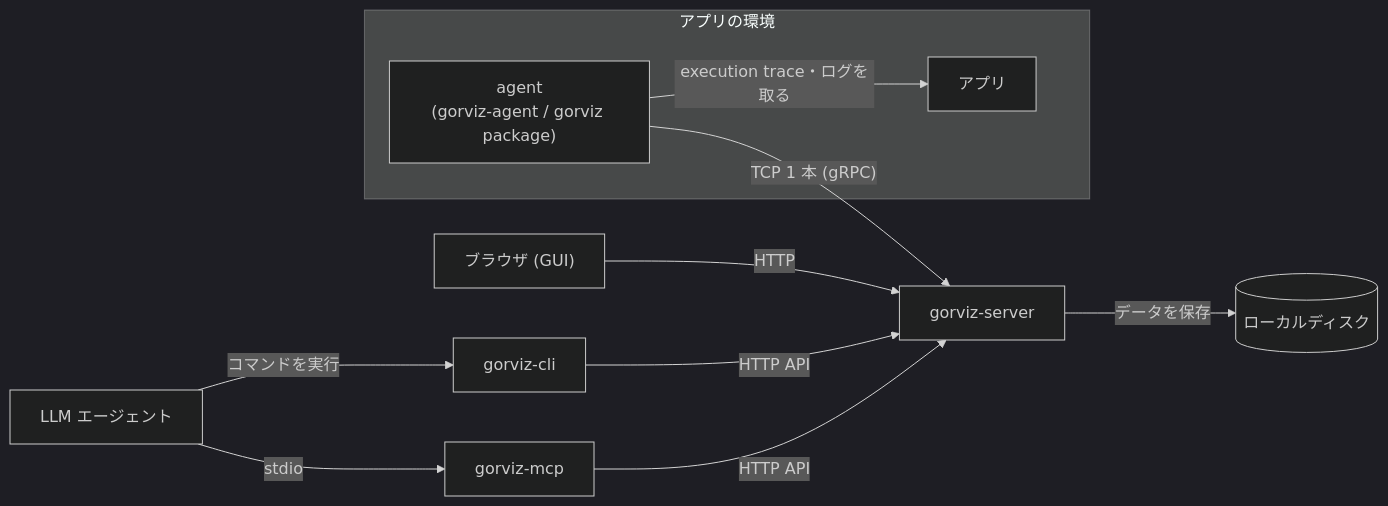
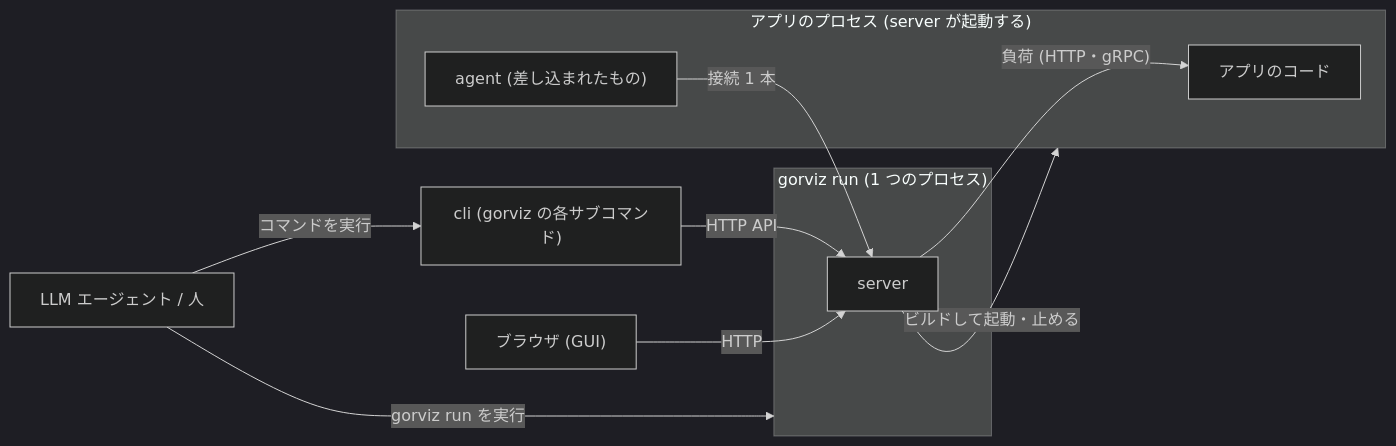
The first of 7 diagrams in docs/design.md (kakkky/gorviz), drawn with Mermaid (dark theme) before and after one commit. The commit also changed other lines of this file, not shown here.

Commit message:
docs: rewrite the design as a local tool that builds the app with the agent in it, loads it from a declarative scenario through smoke, ramp-up, cancellation and cooldown, keeps everything in memory for one session, and opens issues from the cli or the gui

````diff
--- a/docs/design.md
+++ b/docs/design.md
@@ -82,22 +79,21 @@
 ```mermaid
 flowchart LR
-    subgraph appenv["アプリの環境"]
-        app["アプリ"]
-        agent["agent<br/>(gorviz-agent / gorviz package)"]
+    llm["LLM エージェント / 人"]
+    subgraph run["gorviz run (1 つのプロセス)"]
+        server["server"]
     end
-    server["gorviz-server"]
-    disk[("ローカルディスク")]
+    subgraph appproc["アプリのプロセス (server が起動する)"]
+        app["アプリのコード"]
+        agent["agent (差し込まれたもの)"]
+    end
+    cli["cli (gorviz の各サブコマンド)"]
     browser["ブラウザ (GUI)"]
-    cli["gorviz-cli"]
-    mcp["gorviz-mcp"]
-    llm["LLM エージェント"]
 
-    agent -->|"execution trace・ログを取る"| app
-    agent -->|"TCP 1 本 (gRPC)"| server
-    server -->|"データを保存"| disk
+    llm -->|"gorviz run を実行"| run
+    server -->|"ビルドして起動・止める"| appproc
+    agent -->|"接続 1 本"| server
+    server -->|"負荷 (HTTP・gRPC)"| app
+    llm -->|"コマンドを実行"| cli
+    cli -->|"HTTP API"| server
     browser -->|"HTTP"| server
-    cli -->|"HTTP API"| server
-    mcp -->|"HTTP API"| server
-    llm -->|"stdio"| mcp
-    llm -->|"コマンドを実行"| cli
 ```
````
